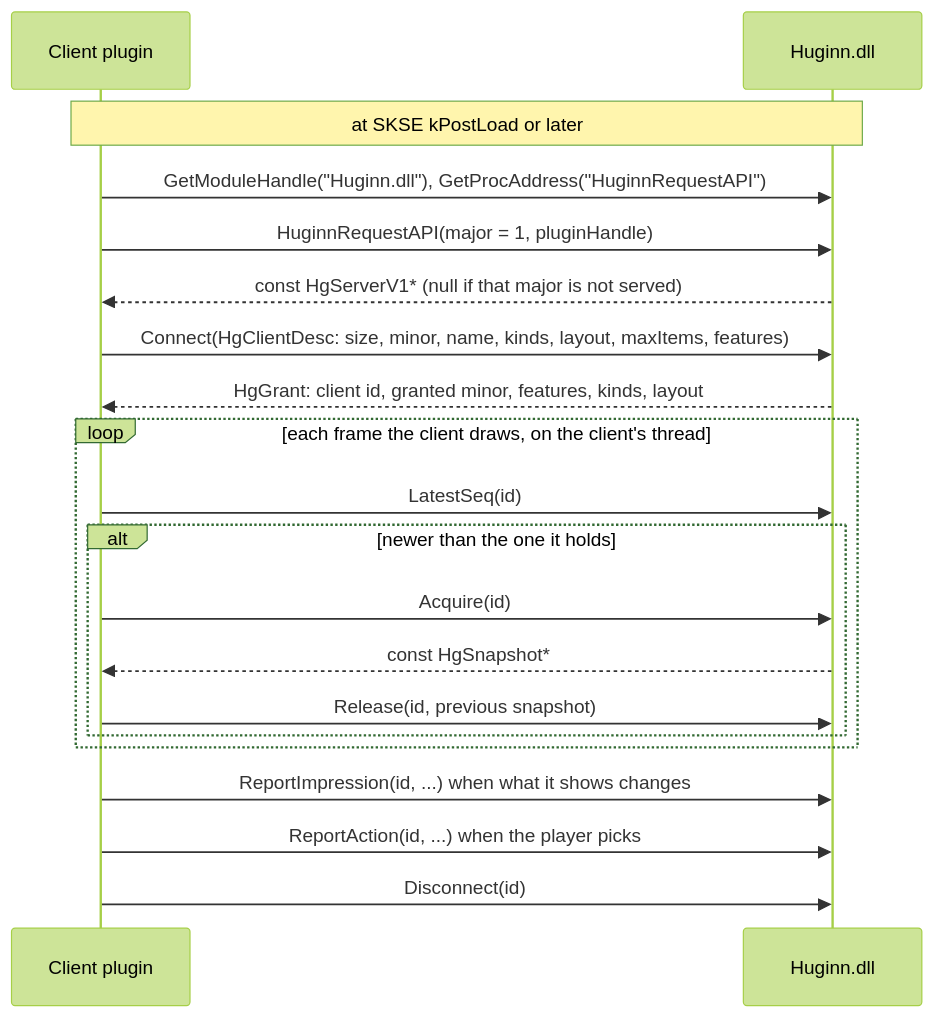
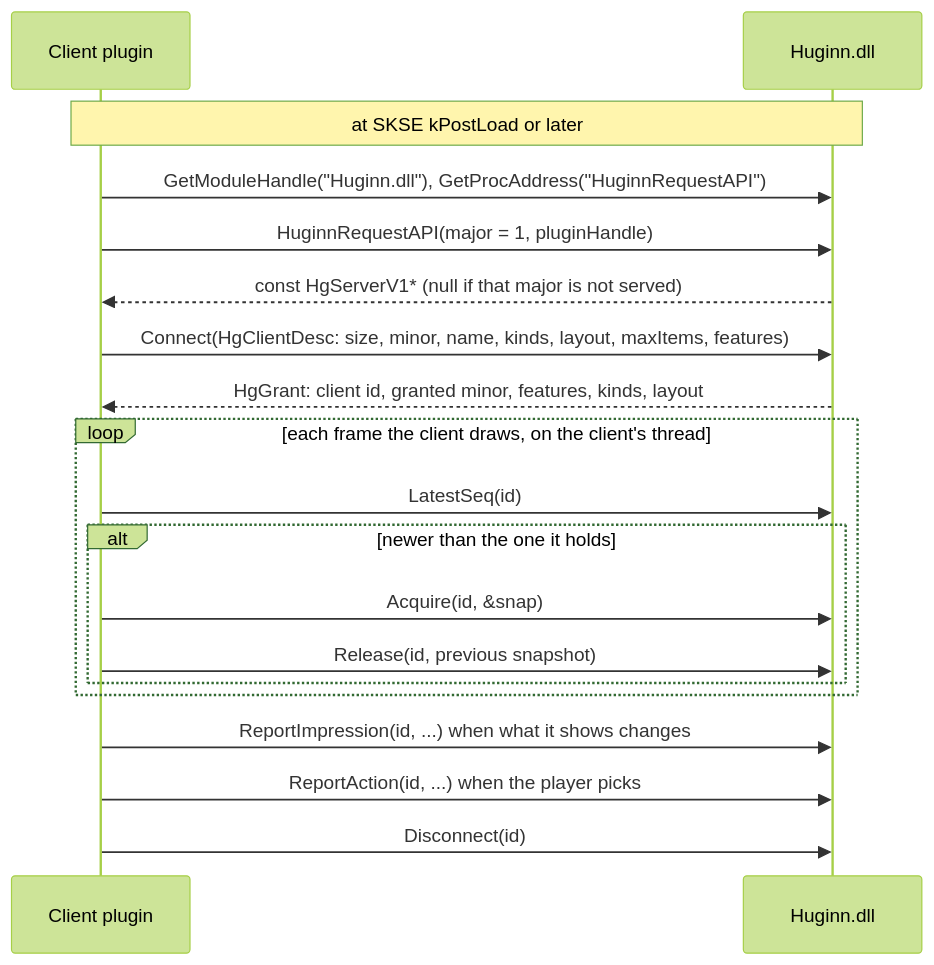
One commit to LandingCrew/huginn changed the diagram in docs/architecture/10-client-api.md. Above: the diagram before and after it, drawn with Mermaid (forest theme). The commit also changed other lines of this file and 2 other files, not shown here.

````diff
--- a/docs/architecture/10-client-api.md
+++ b/docs/architecture/10-client-api.md
@@ -223,23 +225,22 @@
 ```mermaid
 sequenceDiagram
     participant C as Client plugin
     participant H as Huginn.dll
 
     Note over C,H: at SKSE kPostLoad or later
     C->>H: GetModuleHandle("Huginn.dll"), GetProcAddress("HuginnRequestAPI")
     C->>H: HuginnRequestAPI(major = 1, pluginHandle)
     H-->>C: const HgServerV1* (null if that major is not served)
     C->>H: Connect(HgClientDesc: size, minor, name, kinds, layout, maxItems, features)
     H-->>C: HgGrant: client id, granted minor, features, kinds, layout
     loop each frame the client draws, on the client's thread
         C->>H: LatestSeq(id)
         alt newer than the one it holds
-            C->>H: Acquire(id)
-            H-->>C: const HgSnapshot*
+            C->>H: Acquire(id, &snap)
             C->>H: Release(id, previous snapshot)
         end
     end
     C->>H: ReportImpression(id, ...) when what it shows changes
     C->>H: ReportAction(id, ...) when the player picks
     C->>H: Disconnect(id)
 ```
````
